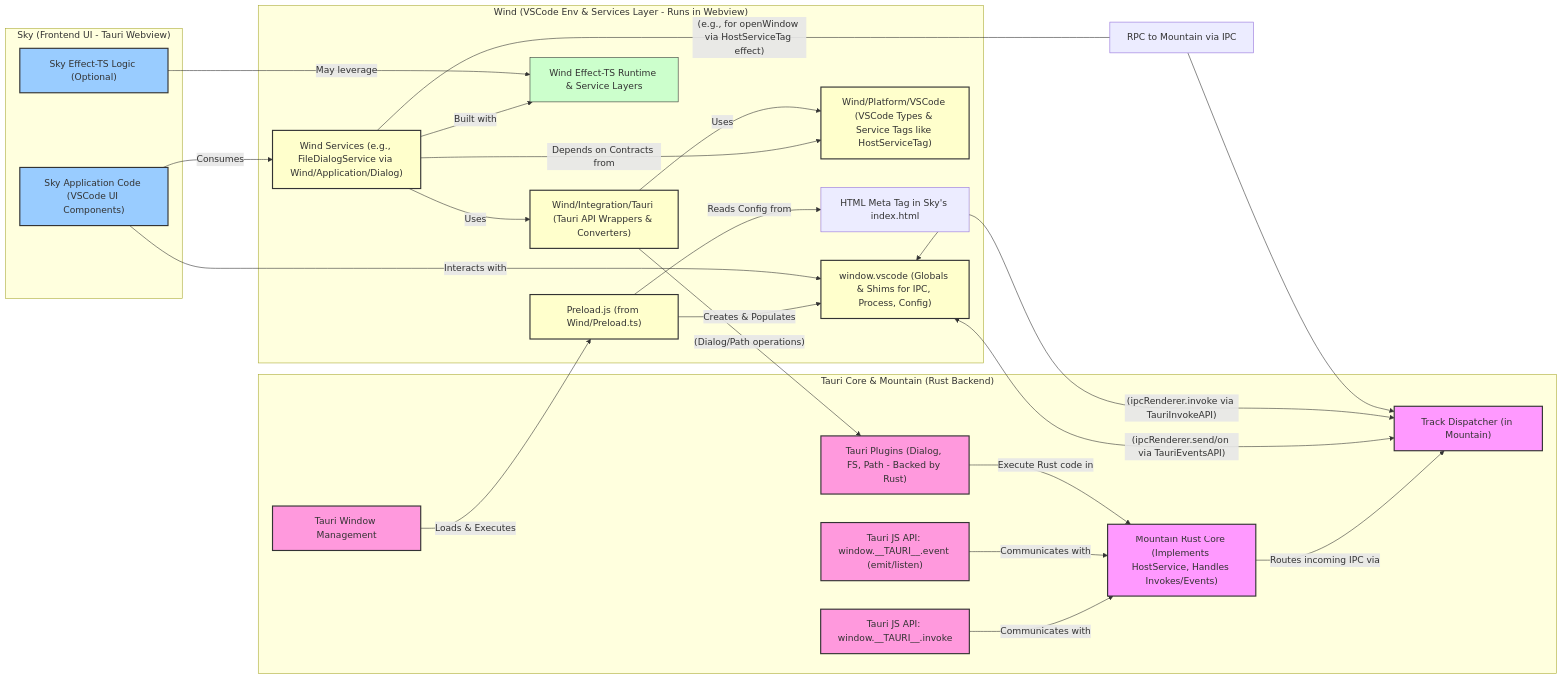
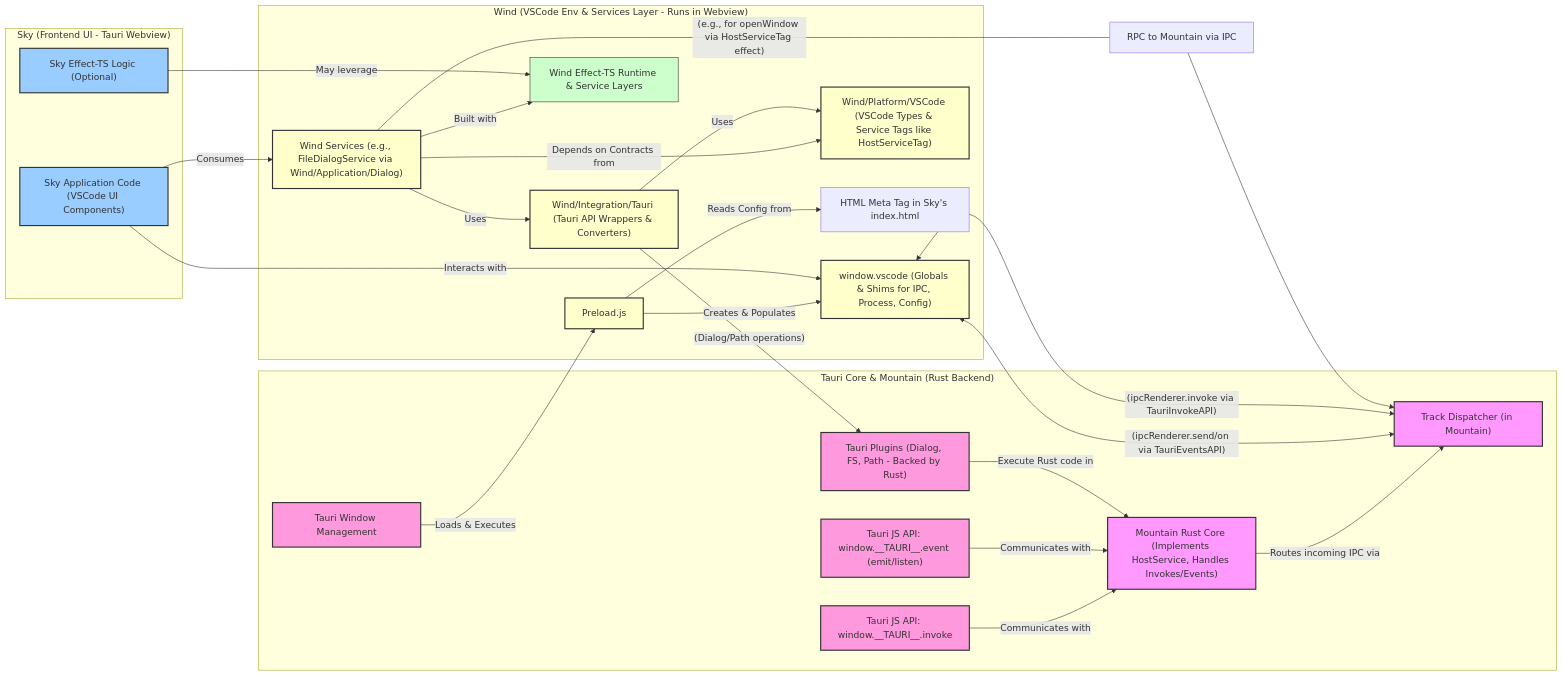
The diagram in README.md (CodeEditorLand/Wind), drawn with Mermaid before and after one commit. The commit also changed other lines of this file and 24 other files, not shown here.

````diff
--- a/README.md
+++ b/README.md
@@ -681,80 +681,80 @@
 ```mermaid
 graph LR
 	classDef sky fill:#9cf,stroke:#333,stroke-width:2px;
 
 	classDef wind fill:#ffc,stroke:#333,stroke-width:2px;
 
 	classDef tauri fill:#f9d,stroke:#333,stroke-width:2px;
 
 	classDef mountain fill:#f9f,stroke:#333,stroke-width:2px;
 
 	classDef effectts fill:#cfc,stroke:#333,stroke-width:1px;
 
 
 	subgraph "Sky (Frontend UI - Tauri Webview)"
 		SkyApp["Sky Application Code (VSCode UI Components)"]:::sky
-		SkyEffects["Sky Effect-TS Logic (Optional)"]:::sky
+		SkyEffect["Sky Effect-TS Logic (Optional)"]:::sky
 	end
 
 	subgraph "Wind (VSCode Env & Services Layer - Runs in Webview)"
-		PreloadJS["Preload.js (from Wind/Preload.ts)"]:::wind
+		PreloadJS["Preload.js "]:::wind
 		WindowVSCodeGlobal["window.vscode (Globals & Shims for IPC, Process, Config)"]:::wind
 		WindServices["Wind Services (e.g., FileDialogService via Wind/Application/Dialog)"]:::wind
 		WindEffectTS["Wind Effect-TS Runtime & Service Layers"]:::effectts
 		TauriIntegrations["Wind/Integration/Tauri (Tauri API Wrappers & Converters)"]:::wind
 		VSCodePlatformAbstractions["Wind/Platform/VSCode (VSCode Types & Service Tags like HostServiceTag)"]:::wind
 
 		PreloadJS -- Creates & Populates --> WindowVSCodeGlobal;
 
 		SkyApp -- Interacts with --> WindowVSCodeGlobal;
 
 		SkyApp -- Consumes --> WindServices;
 
 		WindServices -- Built with --> WindEffectTS;
 
 		WindServices -- Uses --> TauriIntegrations;
 
 		WindServices -- Depends on Contracts from --> VSCodePlatformAbstractions;
 
 		TauriIntegrations -- Uses --> VSCodePlatformAbstractions;
 
-		SkyEffects -- May leverage --> WindEffectTS;
+		SkyEffect -- May leverage --> WindEffectTS;
 
 		PreloadJS -- Reads Config from --> SkyAppMetaTag[HTML Meta Tag in Sky's index.html];
 
 
 	end
 
 	subgraph "Tauri Core & Mountain (Rust Backend)"
 		TauriWindow["Tauri Window Management"]:::tauri;
 
 		TauriInvokeAPI["Tauri JS API: window.__TAURI__.invoke"]:::tauri
 		TauriEventsAPI["Tauri JS API: window.__TAURI__.event (emit/listen)"]:::tauri
 		TauriPlugins["Tauri Plugins (Dialog, FS, Path - Backed by Rust)"]:::tauri
 		MountainBackend["Mountain Rust Core (Implements HostService, Handles Invokes/Events)"]:::mountain
 		TrackDispatcher["Track Dispatcher (in Mountain)"]:::mountain;
 
 
 		TauriWindow -- Loads & Executes --> PreloadJS;
 
 		TauriInvokeAPI -- Communicates with --> MountainBackend;
 
 		TauriEventsAPI -- Communicates with --> MountainBackend;
 
 		TauriPlugins -- Execute Rust code in --> MountainBackend;
 
 		MountainBackend -- Routes incoming IPC via --> TrackDispatcher;
 
 	end
 
 
 	WindowVSCodeGlobal -- (ipcRenderer.send/on via TauriEventsAPI) <--> TrackDispatcher;
 
 	WindowVSCodeGlobal -- (ipcRenderer.invoke via TauriInvokeAPI) <--> TrackDispatcher;
 
 	TauriIntegrations -- (Dialog/Path operations) --> TauriPlugins;
 
 	WindServices -- (e.g., for openWindow via HostServiceTag effect) --- RMPCToMountain[RPC to Mountain via IPC] --> TrackDispatcher;
 
 
 ```
````
